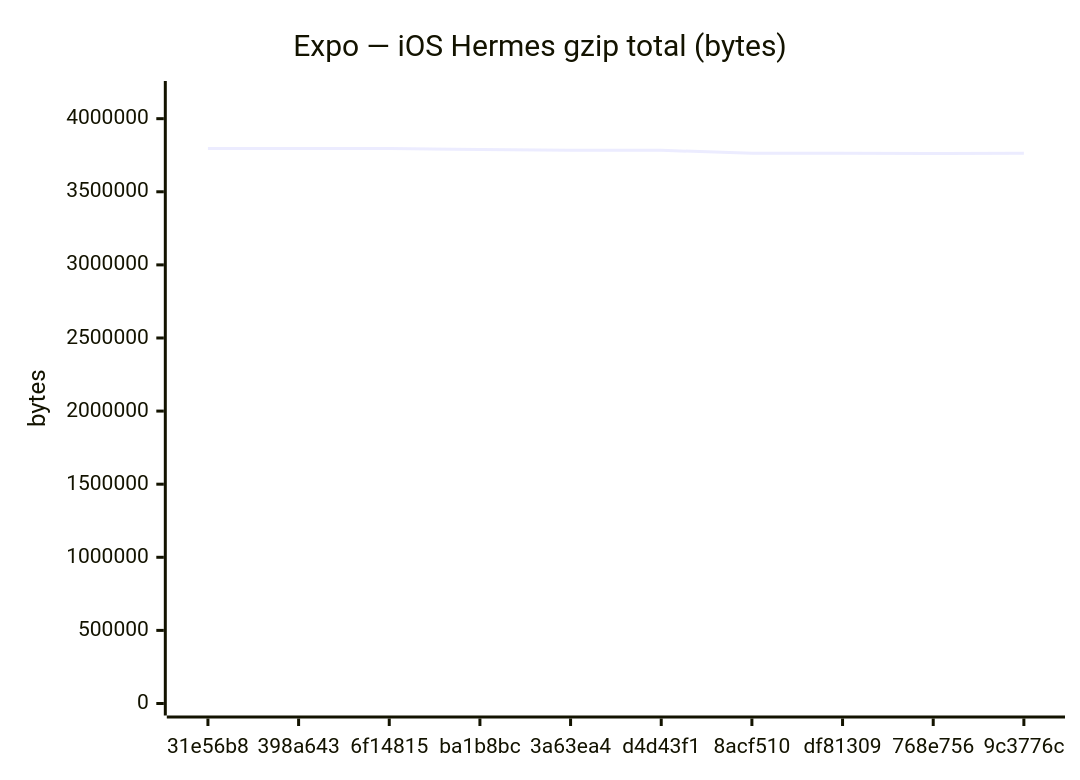
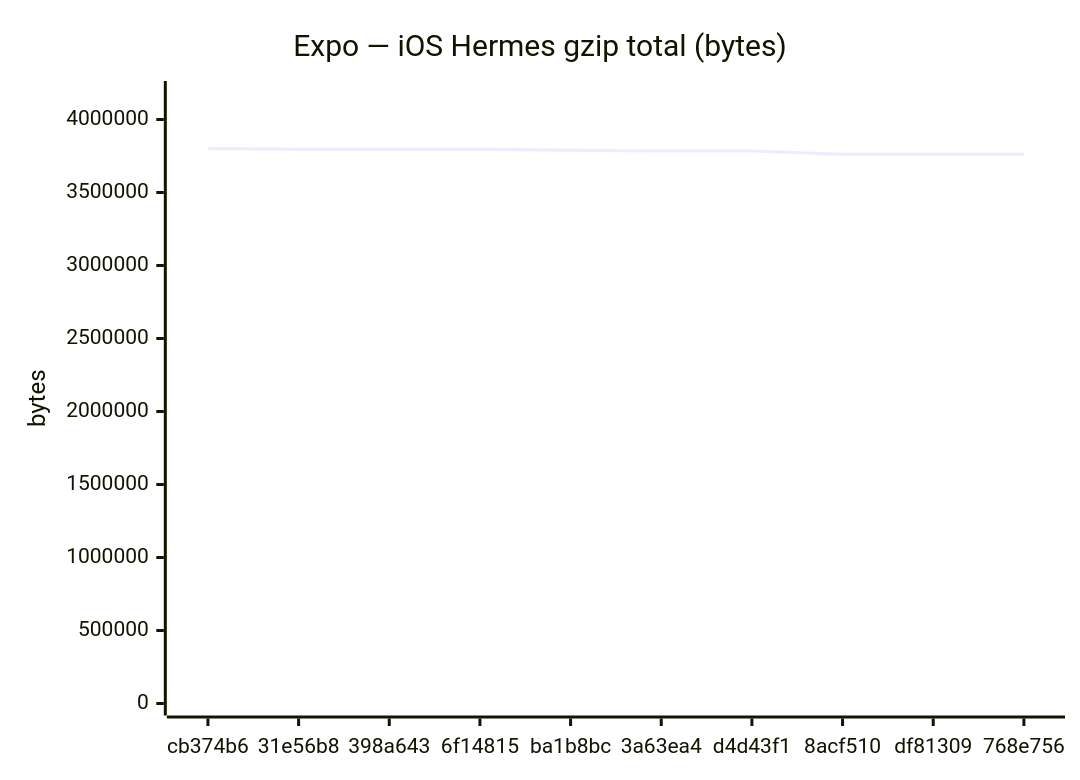
Before and after one commit to Metaheurist/Rianell: the sixth of 18 diagrams in benchmarks/compare.md, drawn with Mermaid. The commit also changed other lines of this file and 11 other files, not shown here.

````diff
--- a/benchmarks/compare.md
+++ b/benchmarks/compare.md
@@ -96,7 +96,7 @@
 ```mermaid
 xychart-beta
     title "Expo — iOS Hermes gzip total (bytes)"
-    x-axis ["31e56b8", "398a643", "6f14815", "ba1b8bc", "3a63ea4", "d4d43f1", "8acf510", "df81309", "768e756", "9c3776c"]
-    y-axis "bytes" 0 --> 4175606
-    line [3796002, 3796002, 3796005, 3788525, 3783517, 3783520, 3762734, 3762736, 3762498, 3762733]
+    x-axis ["cb374b6", "31e56b8", "398a643", "6f14815", "ba1b8bc", "3a63ea4", "d4d43f1", "8acf510", "df81309", "768e756"]
+    y-axis "bytes" 0 --> 4181436
+    line [3801305, 3796002, 3796002, 3796005, 3788525, 3783517, 3783520, 3762734, 3762736, 3762498]
 ```
````
